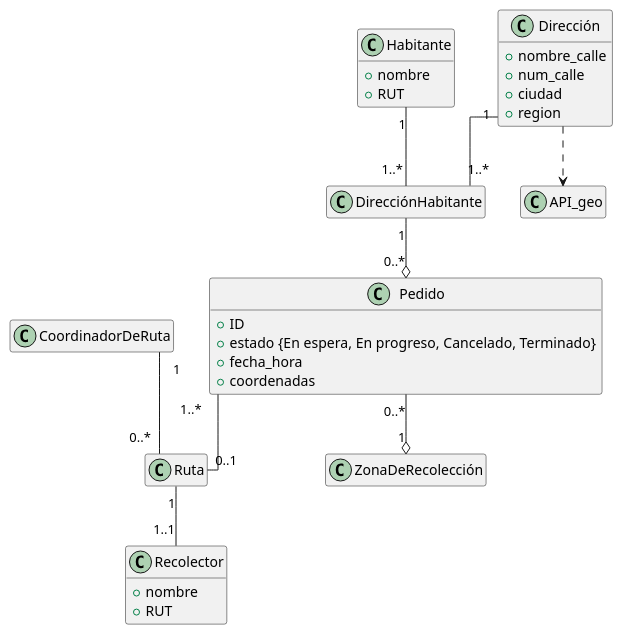
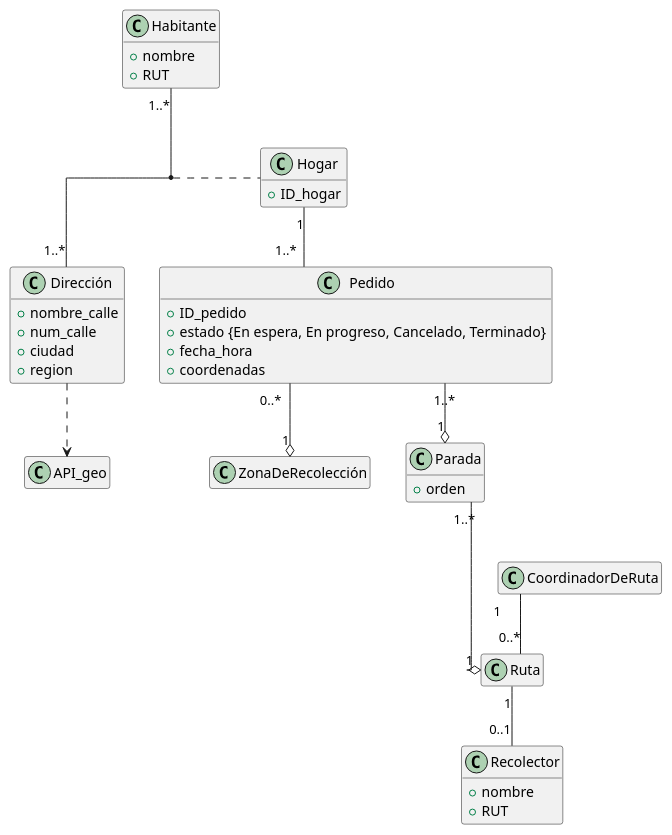
One commit to parlinhoo/ing-software1 changed the diagram in modelo_conceptual.puml. Above: the diagram before and after it, drawn with PlantUML.

Commit message:
Orden de paradas + Clase asociacion

```diff
--- a/modelo_conceptual.puml
+++ b/modelo_conceptual.puml
@@ -1,47 +1,59 @@
 @startuml
 
 hide empty methods
 skinparam linetype ortho
 hide empty fields
 skinparam legendBackgroundColor #ffffff
 
-
 class Habitante {
     + nombre
     + RUT
-}            
+}
+class Hogar {
+    + ID_hogar
+}
 class Dirección {
     + nombre_calle
     + num_calle
     + ciudad
     + region
 }
-
-class DirecciónHabitante                
 class API_geo
 class Pedido {
-    + ID
+    + ID_pedido
     + estado {En espera, En progreso, Cancelado, Terminado}
     + fecha_hora
     + coordenadas
 }
 class Ruta
 class Recolector {
     + nombre
     + RUT
 }
 class CoordinadorDeRuta
 class ZonaDeRecolección
+' Implementa el orden de los pickups en una ruta
+class Parada {
+    + orden
+}
 
-Habitante "1" -- "1..*" DirecciónHabitante
+Habitante "1..*" -- "1..*" Dirección
 
-Dirección "1" -- "1..*" DirecciónHabitante
+' Clase asociación, comunica explícitamente la asociación de un Pedido con un par específico de Habitante y Dirección
+(Habitante,Dirección) . Hogar
 
-DirecciónHabitante "1" --o "0..*" Pedido
+Hogar "1" -- "1..*" Pedido
 
 Dirección ..> API_geo
-Pedido "1..*" -- "0..1" Ruta
-Ruta "1" -- "1..1" Recolector
+
+Pedido "1..*" --o "1" Parada
+
+Parada "1..*" ---o "1" Ruta
+
+Ruta "1" -- "0..1" Recolector
+
 CoordinadorDeRuta "1" -- "0..*" Ruta
+
 Pedido "0..*" --o "1" ZonaDeRecolección
+
 @enduml
```
